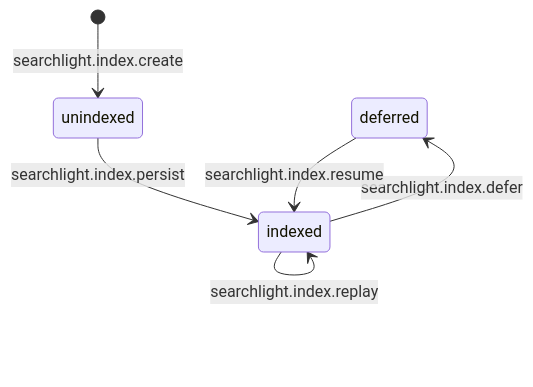
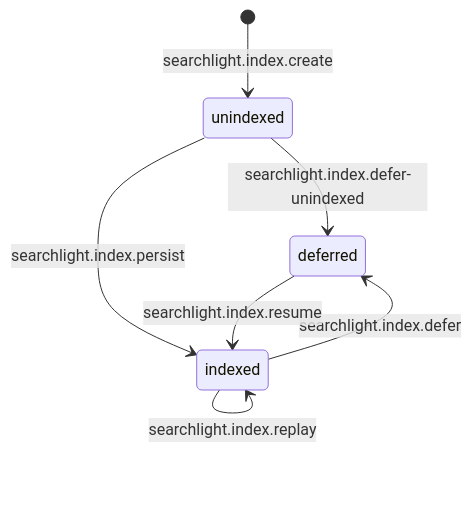
One commit to laceyenterprises/searchlight changed diagram 13 of 14 in README.md. Above: the diagram before and after it, drawn with Mermaid. The commit also changed other lines of this file and 5 other files, not shown here.

````diff
--- a/README.md
+++ b/README.md
@@ -810,11 +811,12 @@
 ```mermaid
 stateDiagram-v2
     state "deferred" as s_6465666572726564
     state "indexed" as s_696e6465786564
     state "unindexed" as s_756e696e6465786564
     [*] --> s_756e696e6465786564: searchlight.index.create
     s_756e696e6465786564 --> s_696e6465786564: searchlight.index.persist
     s_696e6465786564 --> s_6465666572726564: searchlight.index.defer
+    s_756e696e6465786564 --> s_6465666572726564: searchlight.index.defer-unindexed
     s_6465666572726564 --> s_696e6465786564: searchlight.index.resume
     s_696e6465786564 --> s_696e6465786564: searchlight.index.replay
 ```
````
